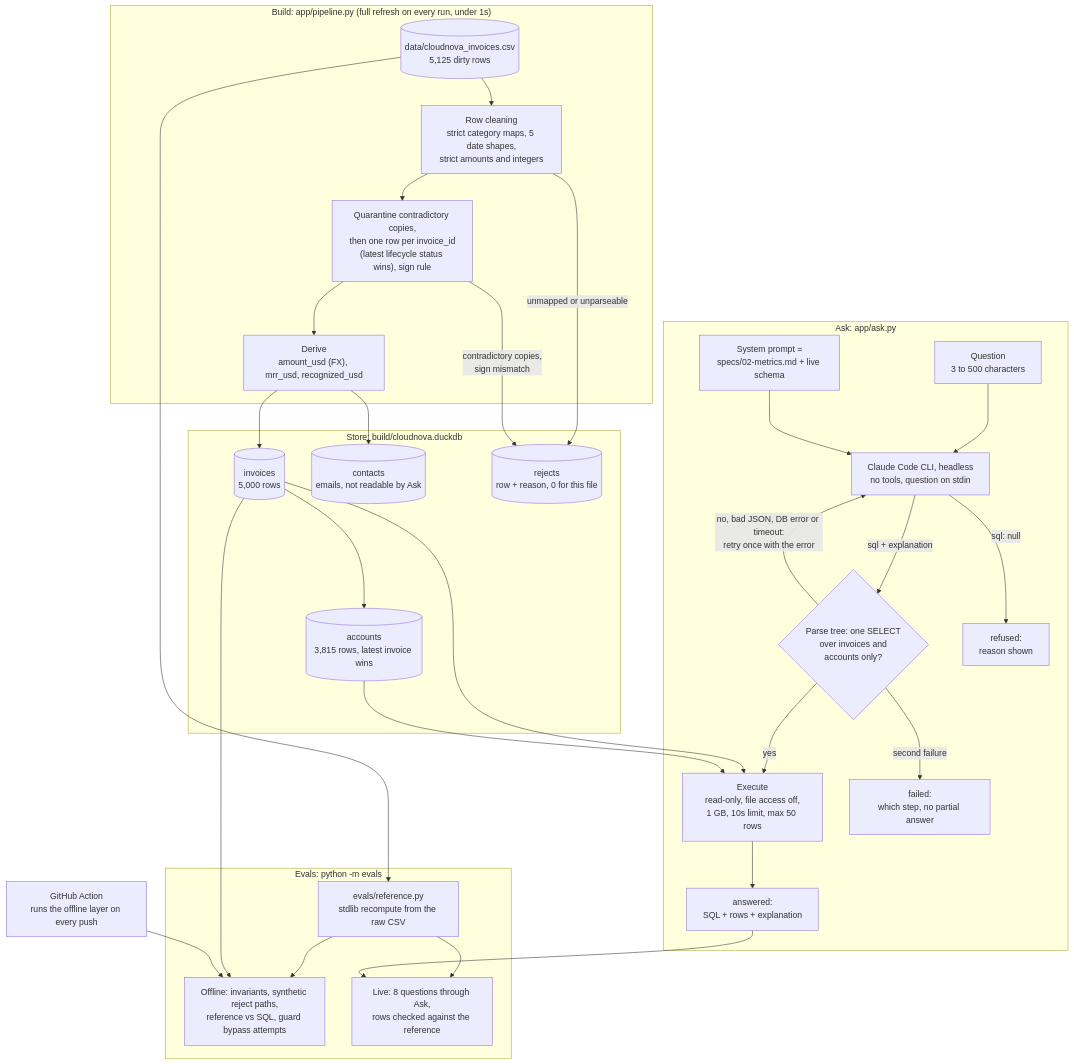
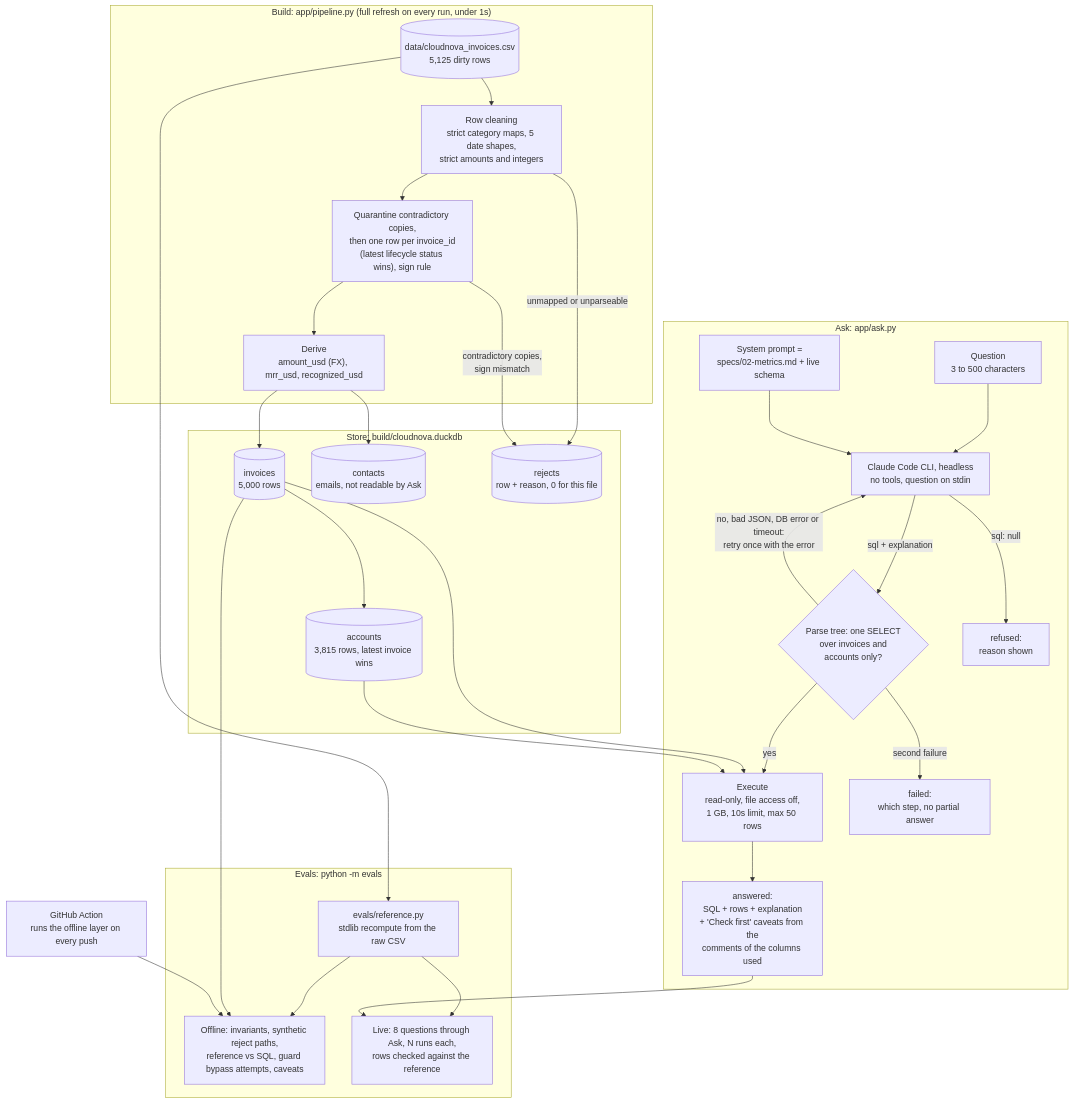
The diagram in docs/architecture.md (DeepakSaini2530/cloudnova-revenue-qa), drawn with Mermaid before and after one commit. The commit also changed other lines of this file and 2 other files, not shown here.

Commit message:
Docs: bottom line, my calls and why, caveats, live pass rate, second review
README opens with a three-line bottom line for the finance lead and a real run
showing the new "Check first" caveat. "My calls and why" records my reasons for
Track B, the local CLI and FX divide. CI is named as the one bonus touch. Evals
report the real --repeat 5 result (all required cases 5/5, case 8 fails 5/5 as
predicted). Session log gains section 6: the independent review by a second
model, what it found, and what was changed or declined and why. Diagram shows
caveats in the answer.

````diff
--- a/docs/architecture.md
+++ b/docs/architecture.md
@@ -5,56 +5,56 @@
 ```mermaid
 flowchart TD
     subgraph BUILD["Build: app/pipeline.py (full refresh on every run, under 1s)"]
         CSV[("data/cloudnova_invoices.csv<br/>5,125 dirty rows")]
         CLEAN["Row cleaning<br/>strict category maps, 5 date shapes,<br/>strict amounts and integers"]
         DEDUP["Quarantine contradictory copies,<br/>then one row per invoice_id<br/>(latest lifecycle status wins), sign rule"]
         DERIVE["Derive<br/>amount_usd (FX), mrr_usd, recognized_usd"]
         CSV --> CLEAN --> DEDUP --> DERIVE
     end
 
     subgraph STORE["Store: build/cloudnova.duckdb"]
         INV[("invoices<br/>5,000 rows")]
         ACC[("accounts<br/>3,815 rows, latest invoice wins")]
         CON[("contacts<br/>emails, not readable by Ask")]
         REJ[("rejects<br/>row + reason, 0 for this file")]
     end
 
     DERIVE --> INV --> ACC
     DERIVE --> CON
     CLEAN -- "unmapped or unparseable" --> REJ
     DEDUP -- "contradictory copies,<br/>sign mismatch" --> REJ
 
     subgraph ASK["Ask: app/ask.py"]
         Q["Question<br/>3 to 500 characters"]
         PROMPT["System prompt =<br/>specs/02-metrics.md + live schema"]
         LLM["Claude Code CLI, headless<br/>no tools, question on stdin"]
         GUARD{"Parse tree: one SELECT<br/>over invoices and<br/>accounts only?"}
         EXEC["Execute<br/>read-only, file access off,<br/>1 GB, 10s limit, max 50 rows"]
-        OUT["answered:<br/>SQL + rows + explanation"]
+        OUT["answered:<br/>SQL + rows + explanation<br/>+ 'Check first' caveats from the<br/>comments of the columns used"]
         REFUSED["refused:<br/>reason shown"]
         FAILED["failed:<br/>which step, no partial answer"]
         Q --> LLM
         PROMPT --> LLM
         LLM -- "sql + explanation" --> GUARD
         LLM -- "sql: null" --> REFUSED
         GUARD -- yes --> EXEC --> OUT
         GUARD -- "no, bad JSON, DB error or timeout:<br/>retry once with the error" --> LLM
         GUARD -- "second failure" --> FAILED
     end
 
     INV --> EXEC
     ACC --> EXEC
 
     subgraph EVALS["Evals: python -m evals"]
         REF["evals/reference.py<br/>stdlib recompute from the raw CSV"]
-        OFF["Offline: invariants, synthetic reject paths,<br/>reference vs SQL, guard bypass attempts"]
-        NL["Live: 8 questions through Ask,<br/>rows checked against the reference"]
+        OFF["Offline: invariants, synthetic reject paths,<br/>reference vs SQL, guard bypass attempts, caveats"]
+        NL["Live: 8 questions through Ask, N runs each,<br/>rows checked against the reference"]
         REF --> OFF
         REF --> NL
     end
 
     CSV --> REF
     INV --> OFF
     OUT --> NL
     CI["GitHub Action<br/>runs the offline layer on every push"] --> OFF
 ```
````
